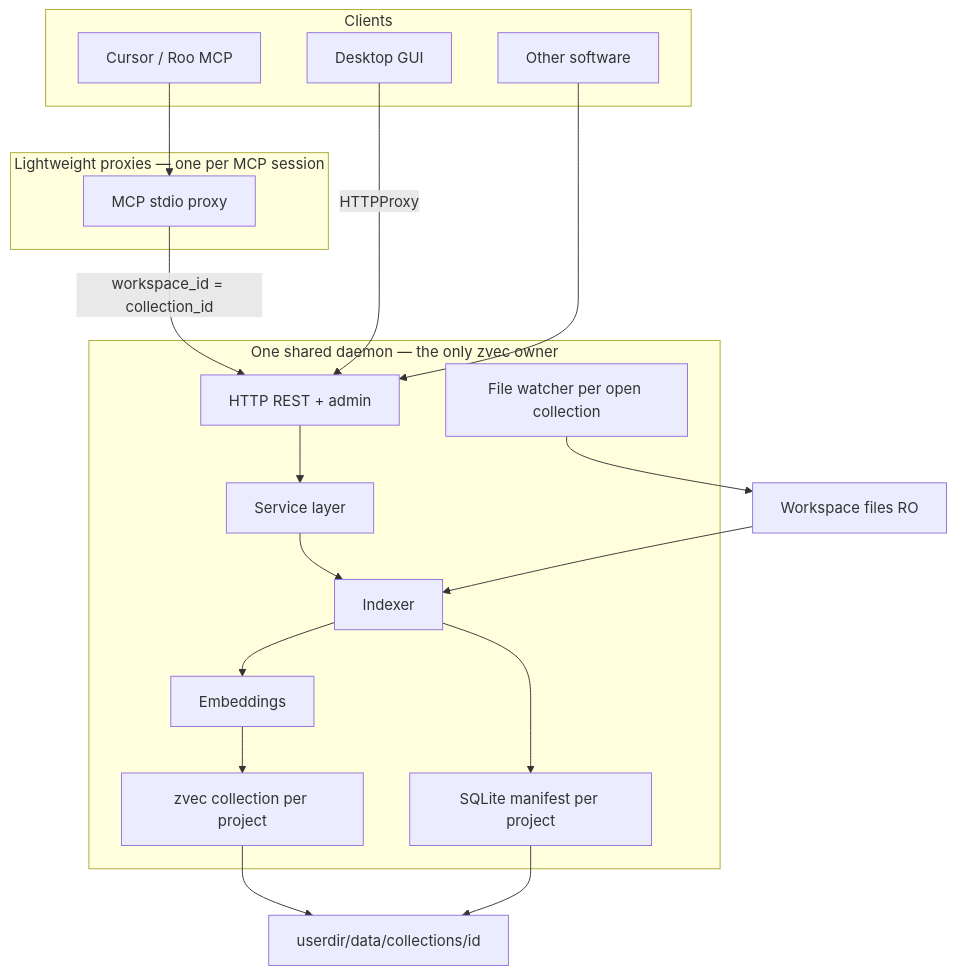
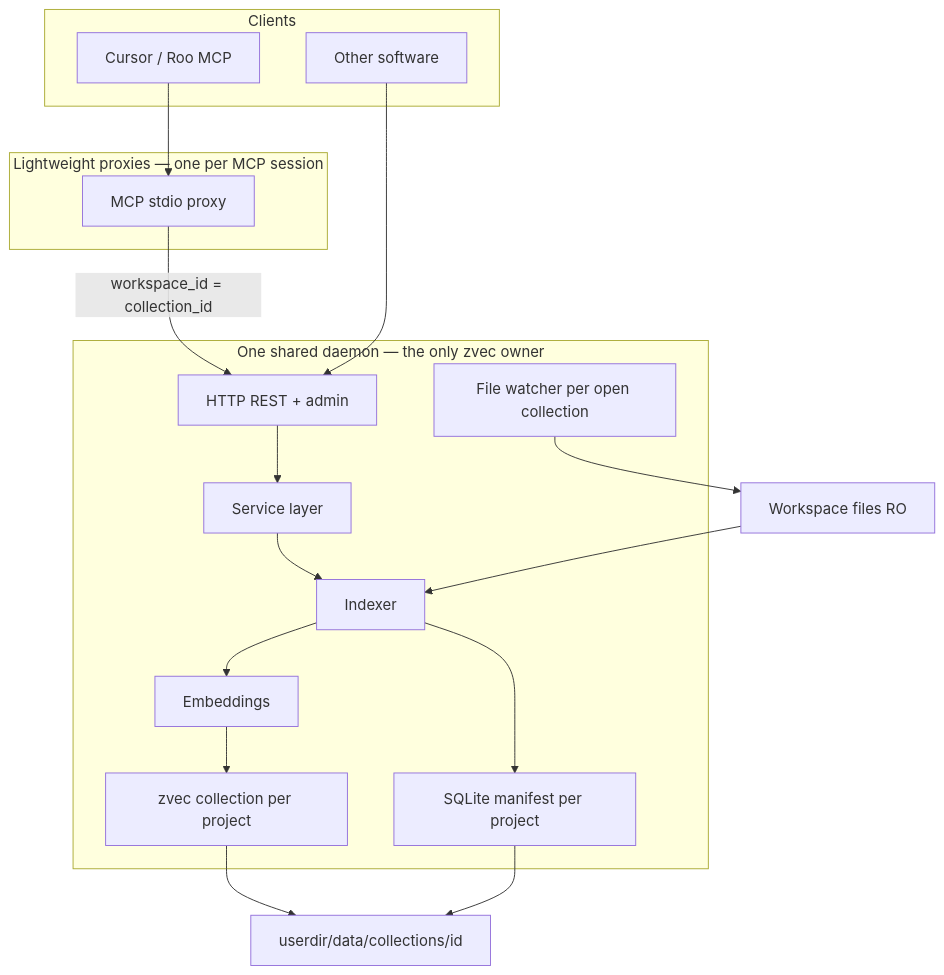
Before and after one commit to 1CSerg/mcp-semantic-search-zvec-go: the first of 3 diagrams in docs/ARCHITECTURE.md, drawn with Mermaid. The commit also changed other lines of this file and 9 other files, not shown here.

````diff
--- a/docs/ARCHITECTURE.md
+++ b/docs/ARCHITECTURE.md
@@ -5,39 +5,37 @@
 ```mermaid
 flowchart TB
   subgraph clients [Clients]
     Cursor[Cursor / Roo MCP]
     OtherSW[Other software]
-    GUI[Desktop GUI]
   end
 
   subgraph proxy [Lightweight proxies — one per MCP session]
     MCPProxy[MCP stdio proxy]
   end
 
   subgraph daemon [One shared daemon — the only zvec owner]
     HTTP[HTTP REST + admin]
     SVC[Service layer]
     Idx[Indexer]
     Emb[Embeddings]
     Zvec[zvec collection per project]
     Man[SQLite manifest per project]
     Watch[File watcher per open collection]
   end
 
   WS[Workspace files RO]
   Data[userdir/data/collections/id]
 
   Cursor --> MCPProxy
   MCPProxy -->|"workspace_id = collection_id"| HTTP
-  GUI -->|"HTTPProxy"| HTTP
   OtherSW --> HTTP
   HTTP --> SVC
   SVC --> Idx
   Idx --> Emb
   Idx --> Man
   Emb --> Zvec
   WS --> Idx
   Watch --> WS
   Zvec --> Data
   Man --> Data
 ```
````
